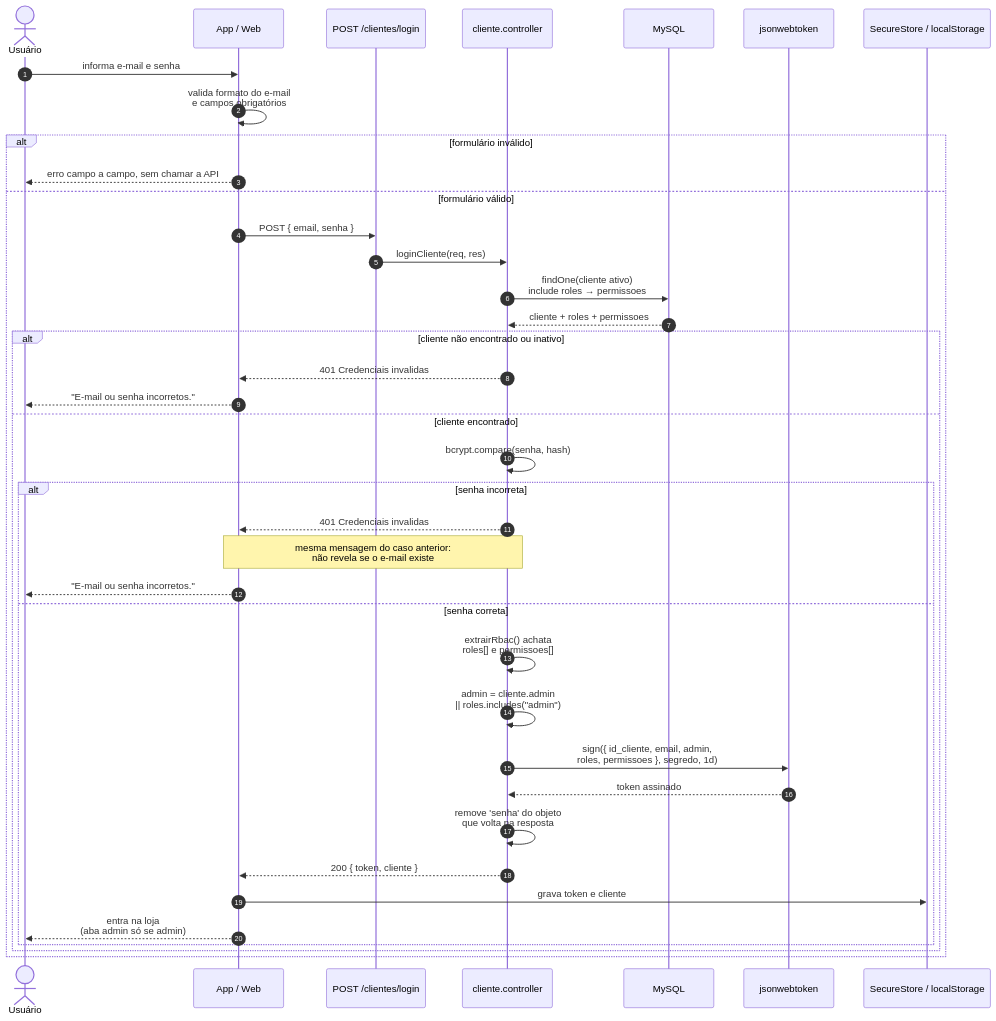
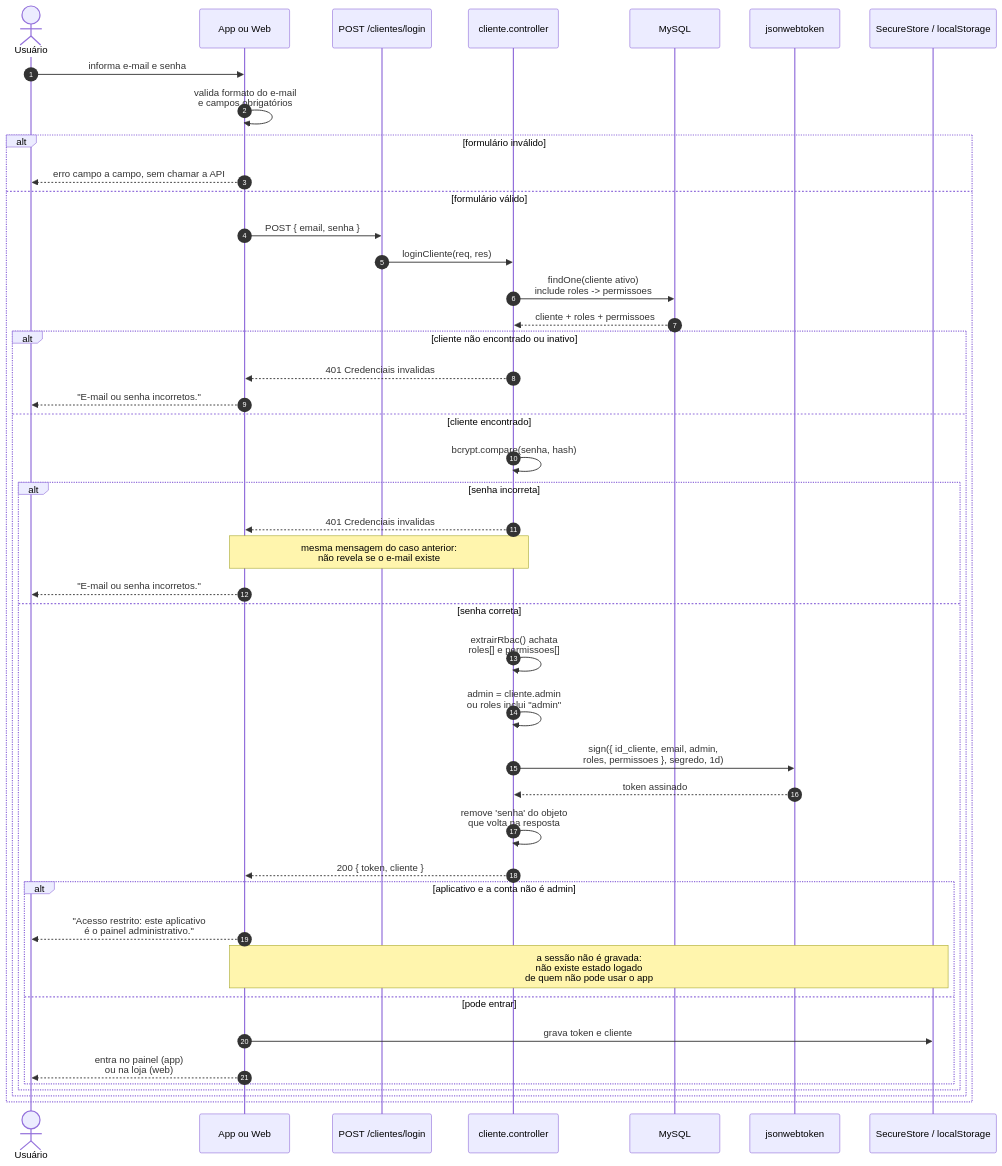
Before and after one commit to JoaoVitorMcz/pcforge-mobile: the first of 4 diagrams in docs/diagramas-sequencia.md, drawn with Mermaid. The commit also changed other lines of this file and 8 other files, not shown here.

First line of the commit message:
docs: alinhar a documentacao ao app administrativo

````diff
--- a/docs/diagramas-sequencia.md
+++ b/docs/diagramas-sequencia.md
@@ -14,46 +14,52 @@
 ```mermaid
 sequenceDiagram
     autonumber
     actor U as Usuário
-    participant App as App / Web
+    participant App as App ou Web
     participant API as POST /clientes/login
     participant Ctrl as cliente.controller
     participant DB as MySQL
     participant JWT as jsonwebtoken
     participant Store as SecureStore / localStorage
 
     U->>App: informa e-mail e senha
     App->>App: valida formato do e-mail<br/>e campos obrigatórios
 
     alt formulário inválido
         App-->>U: erro campo a campo, sem chamar a API
     else formulário válido
         App->>API: POST { email, senha }
         API->>Ctrl: loginCliente(req, res)
 
-        Ctrl->>DB: findOne(cliente ativo)<br/>include roles → permissoes
+        Ctrl->>DB: findOne(cliente ativo)<br/>include roles -> permissoes
         DB-->>Ctrl: cliente + roles + permissoes
 
         alt cliente não encontrado ou inativo
             Ctrl-->>App: 401 Credenciais invalidas
             App-->>U: "E-mail ou senha incorretos."
         else cliente encontrado
             Ctrl->>Ctrl: bcrypt.compare(senha, hash)
 
             alt senha incorreta
                 Ctrl-->>App: 401 Credenciais invalidas
                 Note over Ctrl,App: mesma mensagem do caso anterior:<br/>não revela se o e-mail existe
                 App-->>U: "E-mail ou senha incorretos."
             else senha correta
                 Ctrl->>Ctrl: extrairRbac() achata<br/>roles[] e permissoes[]
-                Ctrl->>Ctrl: admin = cliente.admin<br/>|| roles.includes("admin")
+                Ctrl->>Ctrl: admin = cliente.admin<br/>ou roles inclui "admin"
                 Ctrl->>JWT: sign({ id_cliente, email, admin,<br/>roles, permissoes }, segredo, 1d)
                 JWT-->>Ctrl: token assinado
                 Ctrl->>Ctrl: remove 'senha' do objeto<br/>que volta na resposta
                 Ctrl-->>App: 200 { token, cliente }
-                App->>Store: grava token e cliente
-                App-->>U: entra na loja<br/>(aba admin só se admin)
+
+                alt aplicativo e a conta não é admin
+                    App-->>U: "Acesso restrito: este aplicativo<br/>é o painel administrativo."
+                    Note over App,Store: a sessão não é gravada:<br/>não existe estado logado<br/>de quem não pode usar o app
+                else pode entrar
+                    App->>Store: grava token e cliente
+                    App-->>U: entra no painel (app)<br/>ou na loja (web)
+                end
             end
         end
     end
 ```
````
